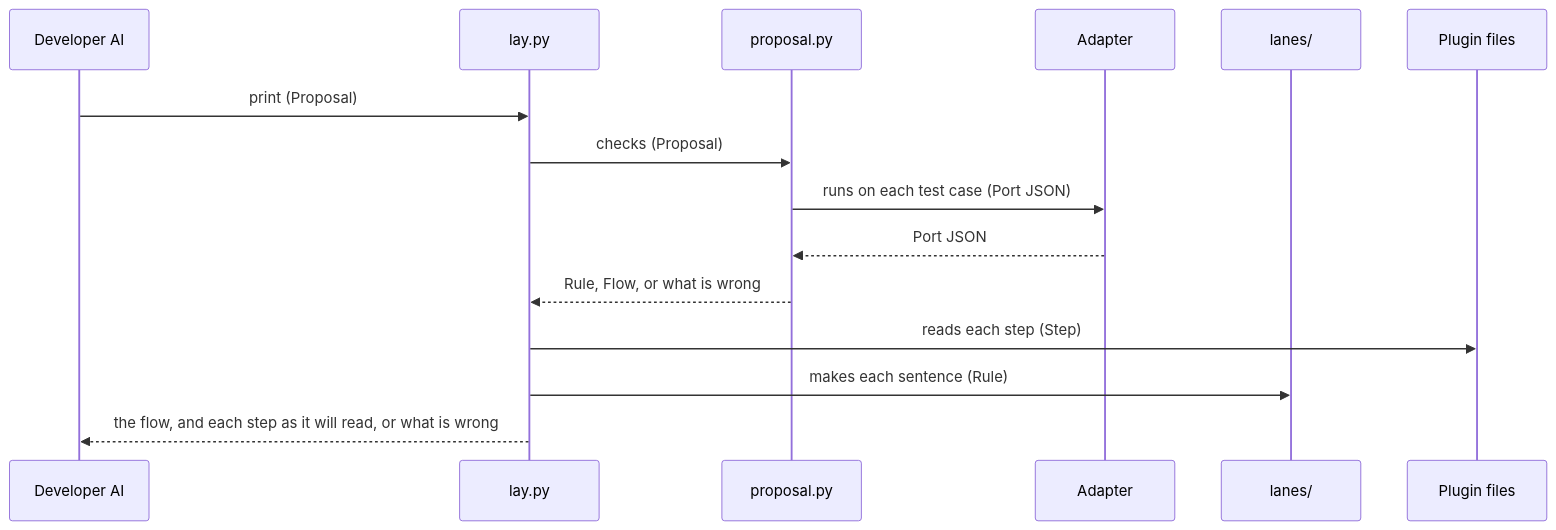
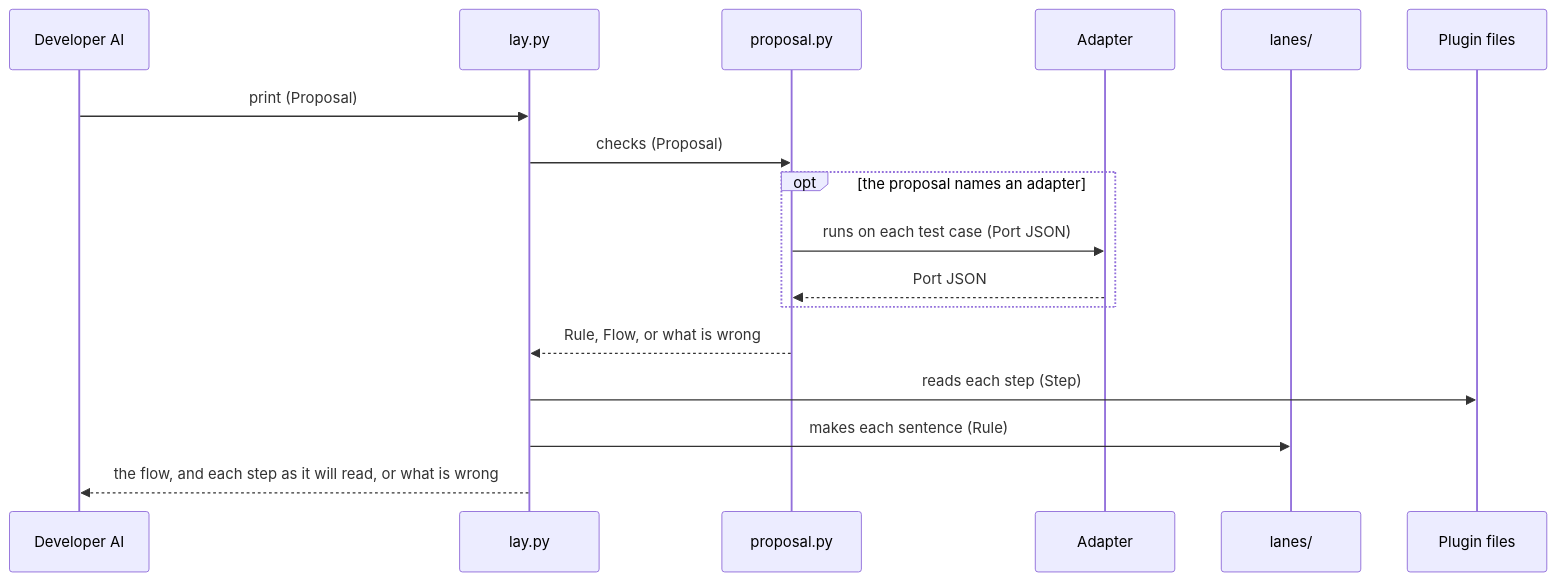
The first of 4 diagrams in dev/lane/architecture.md (lovaizu/ccpm), drawn with Mermaid before and after one commit. The commit also changed other lines of this file and 3 other files, not shown here.

````diff
--- a/dev/lane/architecture.md
+++ b/dev/lane/architecture.md
@@ -130,17 +132,19 @@
 ```mermaid
 sequenceDiagram
   participant DA as Developer AI
   participant L as lay.py
   participant P as proposal.py
   participant AD as Adapter
   participant LN as lanes/
   participant PF as Plugin files
   DA->>L: print (Proposal)
   L->>P: checks (Proposal)
-  P->>AD: runs on each test case (Port JSON)
-  AD-->>P: Port JSON
+  opt the proposal names an adapter
+    P->>AD: runs on each test case (Port JSON)
+    AD-->>P: Port JSON
+  end
   P-->>L: Rule, Flow, or what is wrong
   L->>PF: reads each step (Step)
   L->>LN: makes each sentence (Rule)
   L-->>DA: the flow, and each step as it will read, or what is wrong
 ```
````
